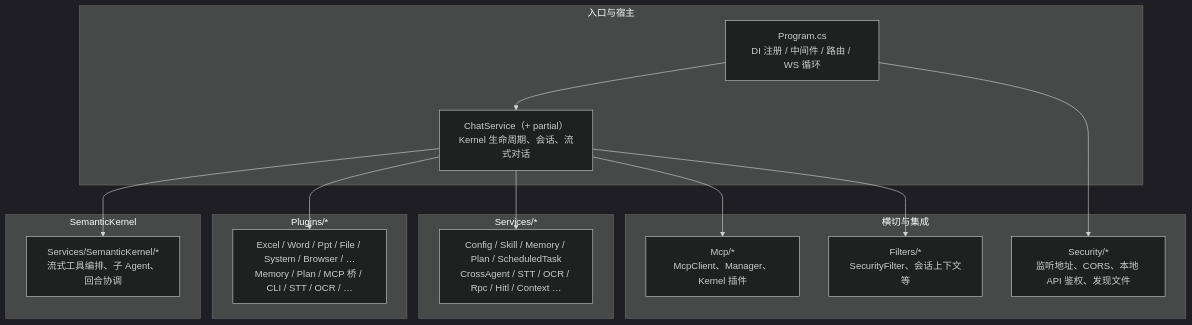
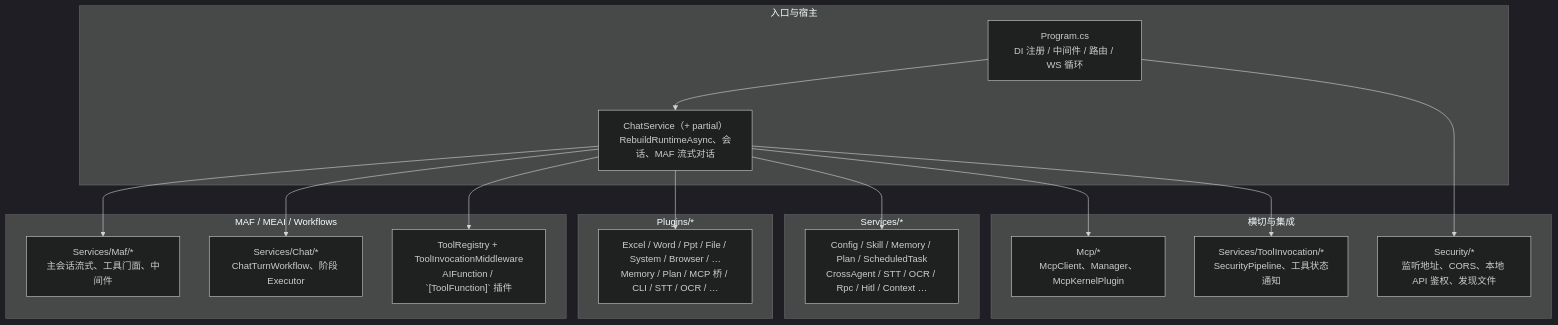
One commit to torsilver/OpenWorkmate changed the third of 10 diagrams in docs/architecture-dimensions.md. Above: the diagram before and after it, drawn with Mermaid (dark theme). The commit also changed other lines of this file and 13 other files, not shown here.

````diff
--- a/docs/architecture-dimensions.md
+++ b/docs/architecture-dimensions.md
@@ -73,33 +74,37 @@
 ```mermaid
 flowchart TB
   subgraph entry["入口与宿主"]
     PROG["Program.cs<br/>DI 注册 / 中间件 / 路由 / WS 循环"]
-    CHAT["ChatService（+ partial）<br/>Kernel 生命周期、会话、流式对话"]
+    CHAT["ChatService（+ partial）<br/>RebuildRuntimeAsync、会话、MAF 流式对话"]
   end
 
-  subgraph sk["SemanticKernel"]
-    SKDIR["Services/SemanticKernel/*<br/>流式工具编排、子 Agent、回合协调"]
+  subgraph maf["MAF / MEAI / Workflows"]
+    MAF["Services/Maf/*<br/>主会话流式、工具门面、中间件"]
+    WF["Services/Chat/*<br/>ChatTurnWorkflow、阶段 Executor"]
+    TREG["ToolRegistry + ToolInvocationMiddleware<br/>AIFunction / `[ToolFunction]` 插件"]
   end
 
   subgraph plugins["Plugins/*"]
     PL["Excel / Word / Ppt / File / System / Browser / …<br/>Memory / Plan / MCP 桥 / CLI / STT / OCR / …"]
   end
 
   subgraph services["Services/*"]
     SVC["Config / Skill / Memory / Plan / ScheduledTask<br/>CrossAgent / STT / OCR / Rpc / Hitl / Context …"]
   end
 
   subgraph infra["横切与集成"]
-    MCPPKG["Mcp/*<br/>McpClient、Manager、Kernel 插件"]
+    MCPPKG["Mcp/*<br/>McpClient、Manager、McpKernelPlugin"]
     SEC["Security/*<br/>监听地址、CORS、本地 API 鉴权、发现文件"]
-    FILT["Filters/*<br/>SecurityFilter、会话上下文等"]
+    TINV["Services/ToolInvocation/*<br/>SecurityPipeline、工具状态通知"]
   end
 
   PROG --> CHAT
-  CHAT --> SKDIR
+  CHAT --> MAF
+  CHAT --> WF
+  CHAT --> TREG
   CHAT --> PL
   CHAT --> SVC
   CHAT --> MCPPKG
   PROG --> SEC
-  CHAT --> FILT
+  CHAT --> TINV
 ```
````
